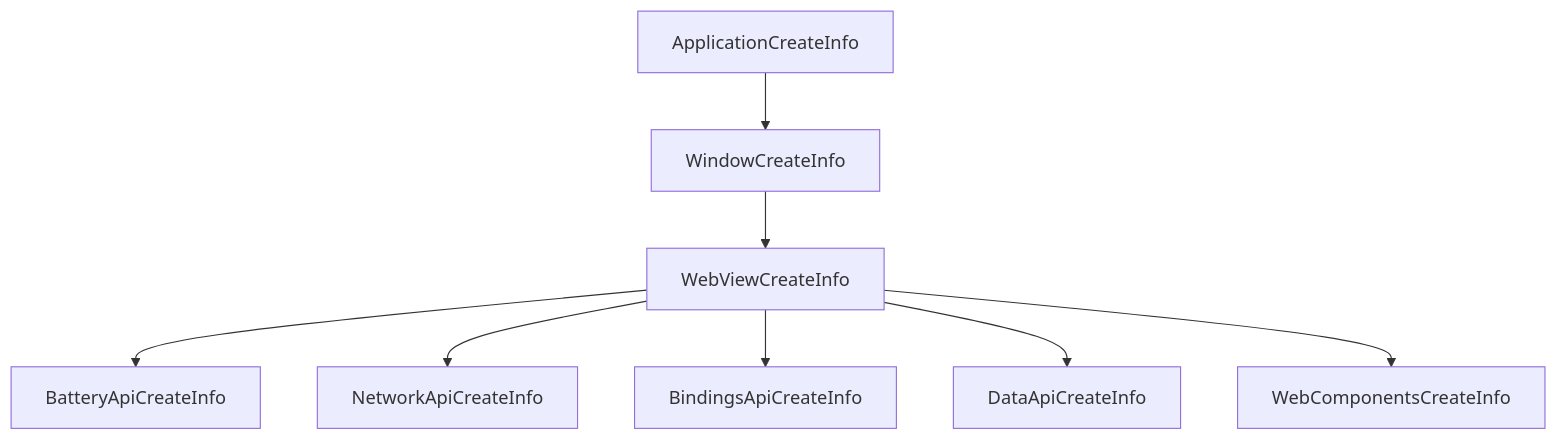
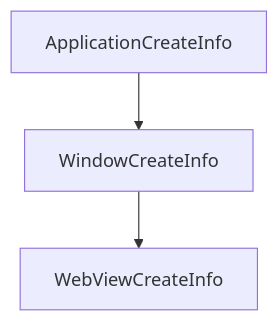
Before and after one commit to boson-php/docs: the diagram in 02.architecture/configuration.md, drawn with Mermaid. The commit also changed other lines of this file and 4 other files, not shown here.

````diff
--- a/02.architecture/configuration.md
+++ b/02.architecture/configuration.md
@@ -47,15 +47,6 @@
 ```mermaid
 flowchart
     Application[ApplicationCreateInfo] --> Window
     Window[WindowCreateInfo] --> WebView
-    WebView[WebViewCreateInfo] --> BatteryApi
-    WebView[WebViewCreateInfo] --> NetworkApi
-    WebView[WebViewCreateInfo] --> BindingsApi
-    WebView[WebViewCreateInfo] --> DataApi
-    WebView[WebViewCreateInfo] --> WebComponents
-    BatteryApi[BatteryApiCreateInfo]
-    NetworkApi[NetworkApiCreateInfo]
-    BindingsApi[BindingsApiCreateInfo]
-    DataApi[DataApiCreateInfo]
-    WebComponents[WebComponentsCreateInfo]
+    WebView[WebViewCreateInfo]
 ```
````
